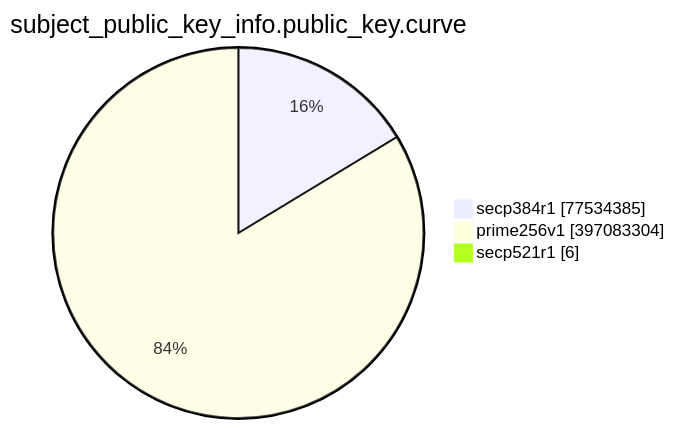
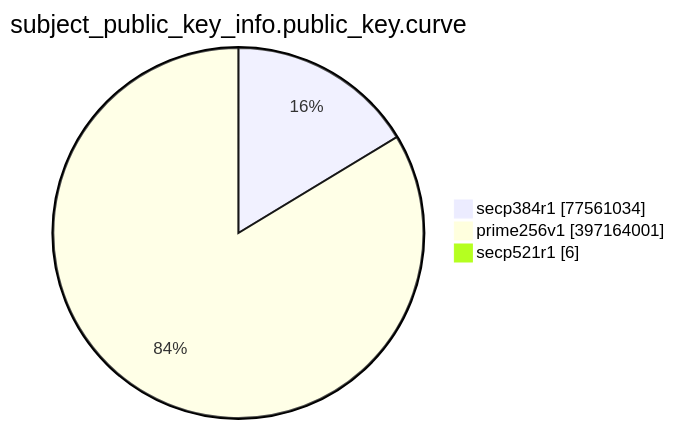
The eighth of 15 diagrams in TOTAL/README.md (christiankrug/ctmonitor_visualization), drawn with Mermaid before and after one commit. The commit also changed other lines of this file, not shown here.

````diff
--- a/TOTAL/README.md
+++ b/TOTAL/README.md
@@ -3095,7 +3095,7 @@
 ```mermaid
 pie showData
 title subject_public_key_info.public_key.curve
-"secp384r1" :77534385
-"prime256v1" :397083304
+"secp384r1" :77561034
+"prime256v1" :397164001
 "secp521r1" :6
 ```
````
